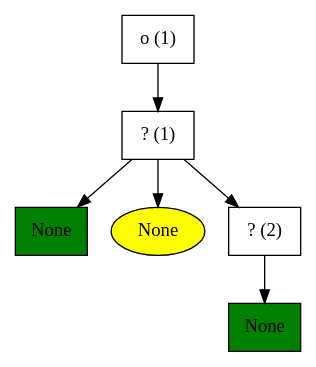
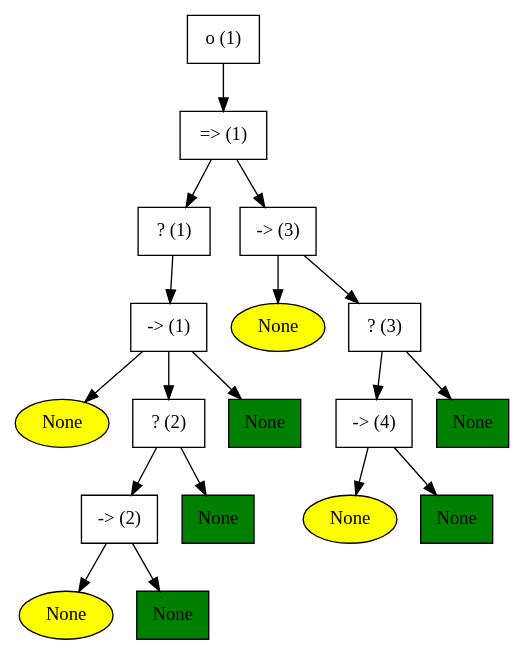
One commit to NVSL/TAZI changed the diagram in out_behavior.dot. Above: the diagram before and after it, drawn with Graphviz. The commit also changed 16 other files, not shown here.

```diff
--- a/out_behavior.dot
+++ b/out_behavior.dot
@@ -1,14 +1,38 @@
 digraph G {
     ordering=out;
+    sequence_node2 -> condition_node2;
+    sequence_node2 -> action_node1;
+    selector_node2 -> sequence_node2;
     selector_node2 -> action_node2;
-    selector_node1 -> action_node1;
-    selector_node1 -> condition_node1;
-    selector_node1 -> selector_node2;
-    root -> selector_node1;
+    sequence_node1 -> condition_node1;
+    sequence_node1 -> selector_node2;
+    sequence_node1 -> action_node3;
+    selector_node1 -> sequence_node1;
+    sequence_node4 -> condition_node4;
+    sequence_node4 -> action_node4;
+    selector_node3 -> sequence_node4;
+    selector_node3 -> action_node5;
+    sequence_node3 -> condition_node3;
+    sequence_node3 -> selector_node3;
+    parallel_node1 -> selector_node1;
+    parallel_node1 -> sequence_node3;
+    root -> parallel_node1;
+    condition_node1 [fillcolor="yellow", style="filled", label="None"];
+    condition_node2 [fillcolor="yellow", style="filled", label="None"];
     action_node1 [shape="polygon", sides=4, fillcolor="green", style="filled", label="None"];
-    condition_node1 [fillcolor="yellow", style="filled", label="None"];
+	sequence_node2 [shape="polygon",sides=4,label="-> (2)"];
     action_node2 [shape="polygon", sides=4, fillcolor="green", style="filled", label="None"];
 	selector_node2 [shape="polygon",sides=4,label="? (2)"];
+    action_node3 [shape="polygon", sides=4, fillcolor="green", style="filled", label="None"];
+	sequence_node1 [shape="polygon",sides=4,label="-> (1)"];
 	selector_node1 [shape="polygon",sides=4,label="? (1)"];
+    condition_node3 [fillcolor="yellow", style="filled", label="None"];
+    condition_node4 [fillcolor="yellow", style="filled", label="None"];
+    action_node4 [shape="polygon", sides=4, fillcolor="green", style="filled", label="None"];
+	sequence_node4 [shape="polygon",sides=4,label="-> (4)"];
+    action_node5 [shape="polygon", sides=4, fillcolor="green", style="filled", label="None"];
+	selector_node3 [shape="polygon",sides=4,label="? (3)"];
+	sequence_node3 [shape="polygon",sides=4,label="-> (3)"];
+	parallel_node1 [shape="polygon",sides=4,label="=> (1)"];
 	root [shape="polygon",sides=4,label="o (1)"];
  }
```
